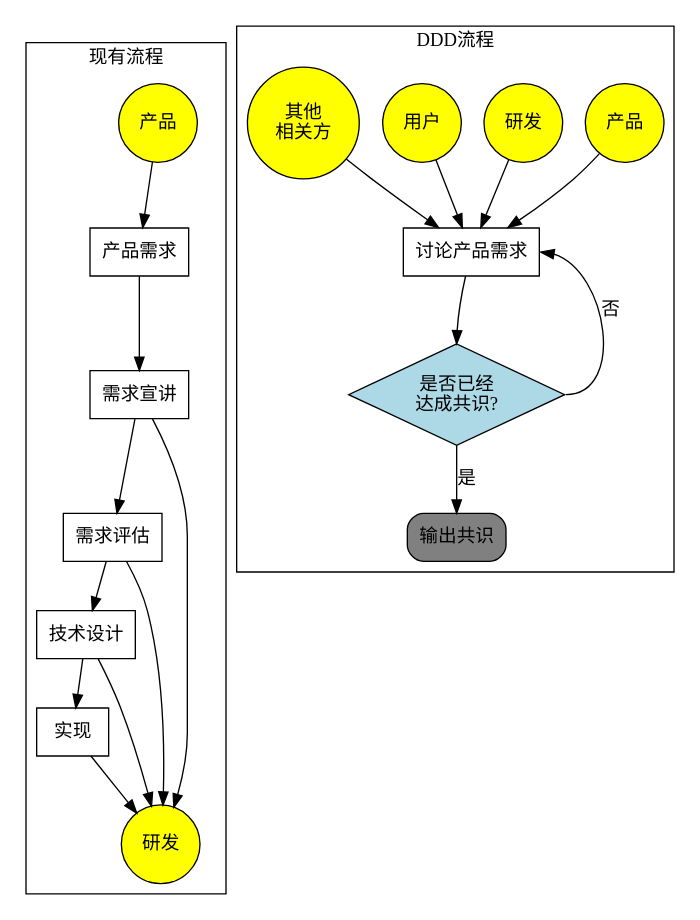
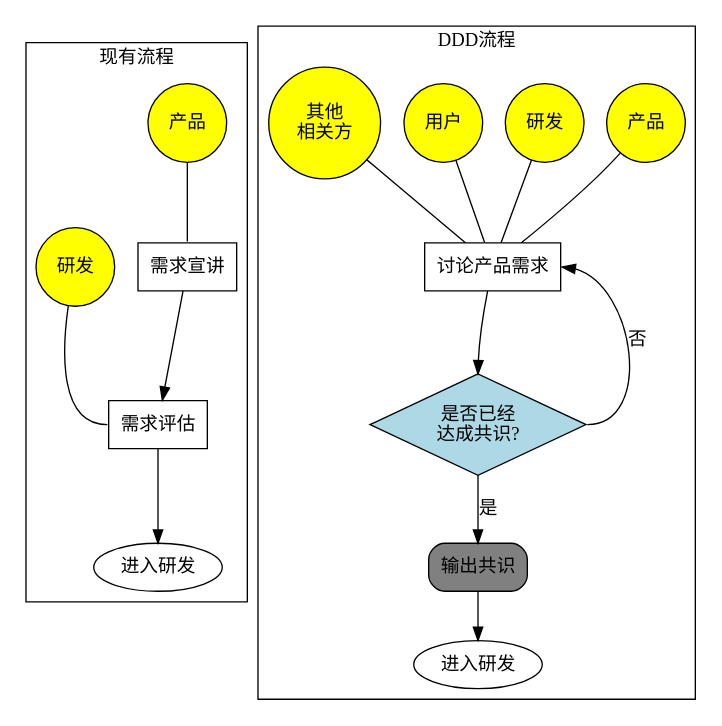
The diagram in ddd/img/ddd-process.dot (shinyoo/shinyoo.github.io), drawn with Graphviz before and after one commit. The commit also changed 1 other file, not shown here.

```diff
--- a/ddd/img/ddd-process.dot
+++ b/ddd/img/ddd-process.dot
@@ -1,52 +1,63 @@
 digraph processVs {
     node[shape=box]
     subgraph cluster_old {
-        p_des[label="产品需求"]
         p_pub[label="需求宣讲"]
         d_est[label="需求评估"]
-        d_des[label="技术设计"]
-        d_imp[label="实现"]
-
-        p_des->p_pub->d_est->d_des->d_imp
+        // node[style=invis]
+        // d_des[label="方案设计"]
+        // d_imp[label="实现"]
+        end0[label="进入研发";shape=oval]
+        p_pub->d_est
+        // d_est->d_des->d_imp
         node[shape=circle, style=filled, fillcolor=yellow]
         pm[label="产品"]
         dev[label="研发"]
-        pm->p_des
-        p_pub->dev
-        d_est->dev
-        d_des->dev
-        d_imp->dev
+        pm->p_pub[headport=n;arrowhead=none]
+        // p_pub->dev
+        // d_est->dev
+        // d_des->dev
+        // d_imp->dev
+        dev->{d_est}[headport=w;arrowhead=none]
+        d_est->end0
+
         edge[style=invis]
-        pm->dev
-        
+        // dev->pm
+        // pm->dev
+
+        {dev, d_est}[rank=same]
+        {pm, p_pub}[rank=same]
+
+
         label="现有流程";
     }
 
 
 
     subgraph cluster_ddd {
     
         p_dis[label="讨论产品需求"]
 
         node[shape="circle";style=filled;fillcolor=yellow]
         m_pm[label="产品"]
         m_dev[label="研发"]
         m_user[label="用户"]
         m_rel[label="其他\n相关方"]
         done[label="是否已经\n达成共识?";shape=diamond;fillcolor=lightblue]
         end[label="输出共识";shape=box;style="rounded,filled";fillcolor=grey]
-        {m_pm, m_dev,m_user,m_rel}->p_dis[headtip=inv]
+        ddd[label="进入研发"; shape=oval;style=none]
+        {m_pm, m_dev,m_user,m_rel}->p_dis[arrowhead=none]
         
         p_dis->done[headport=n]
         done->p_dis[label="否"; headport=e; tailport=e]
         done->end[label="是"]
+        end->ddd
         edge[style=invis]
         // p_dis->m_rel
         // p_dis->m_dev
 
 
 
         label="DDD流程"
 
     }
 }
```
